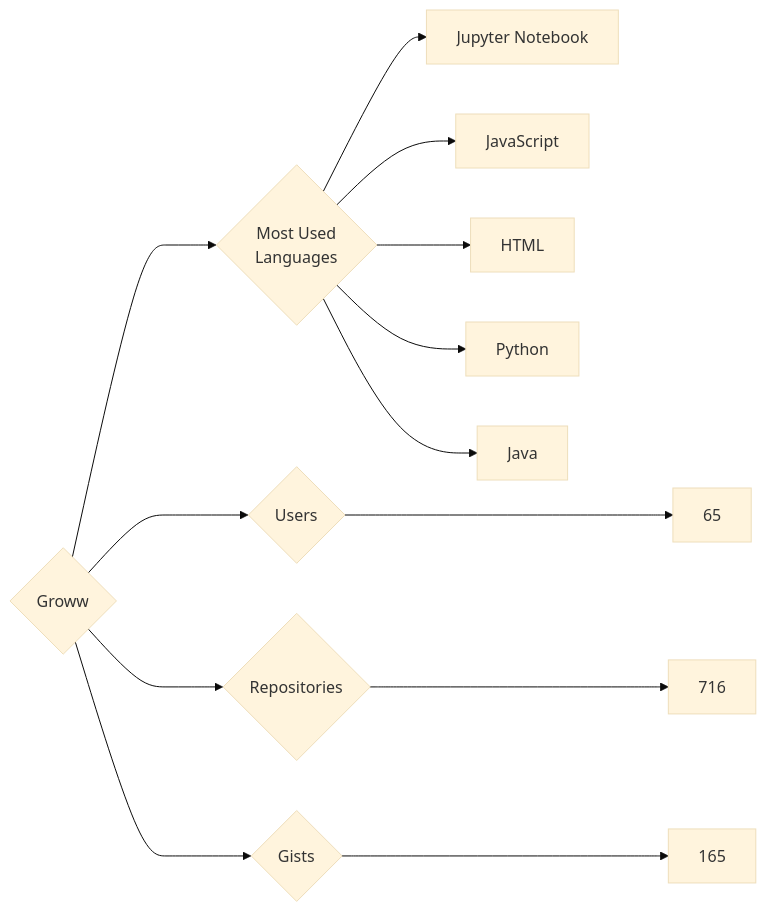
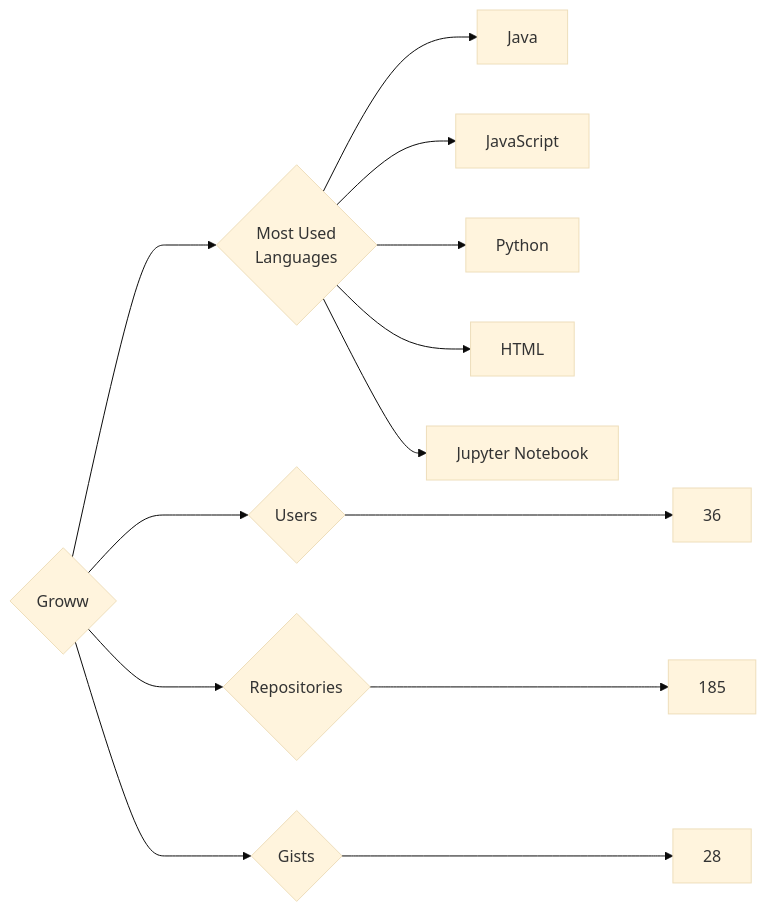
One commit to trickest/insiders changed the diagram in targets/Groww/README.md. Above: the diagram before and after it, drawn with Mermaid (base theme). The commit also changed 882 other files, not shown here.

````diff
--- a/targets/Groww/README.md
+++ b/targets/Groww/README.md
@@ -3,13 +3,13 @@
 ```mermaid
 graph LR
 COMPANY_NAME{Groww}
-COMPANY_NAME ---> U{Users} ---> UN[65]
-COMPANY_NAME ---> R{Repositories} ---> RN[716]
-COMPANY_NAME ---> G{Gists} ---> GN[165]
+COMPANY_NAME ---> U{Users} ---> UN[36]
+COMPANY_NAME ---> R{Repositories} ---> RN[185]
+COMPANY_NAME ---> G{Gists} ---> GN[28]
 COMPANY_NAME ---> ML{Most Used<br>Languages}
+ML --> Java[Java]
+ML --> JavaScript[JavaScript]
+ML --> Python[Python]
+ML --> HTML[HTML]
 ML --> Jupyter_Notebook[Jupyter Notebook]
-ML --> JavaScript[JavaScript]
-ML --> HTML[HTML]
-ML --> Python[Python]
-ML --> Java[Java]
 ```
````
